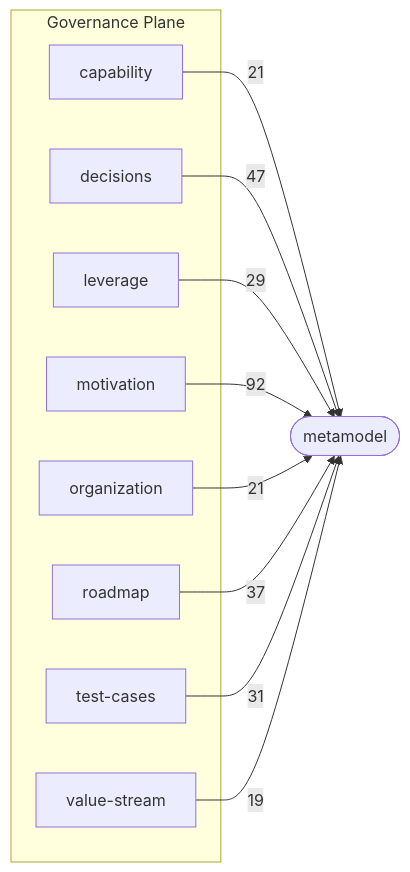
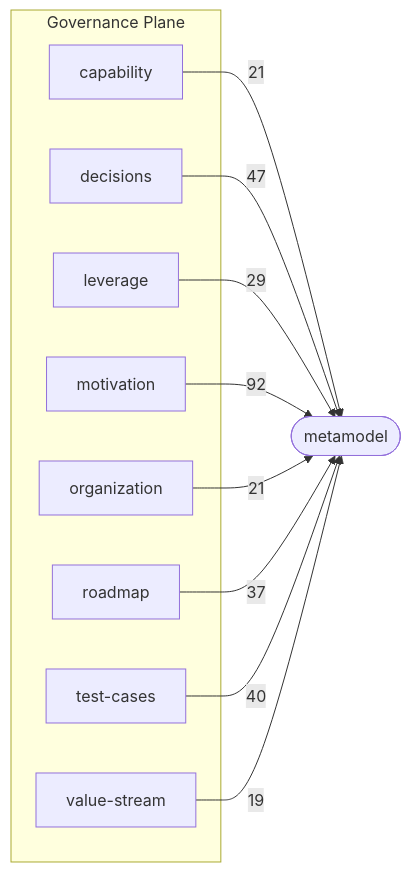
Before and after one commit to Archally/blueprint-schema: the third of 3 diagrams in docs/schema-atlas/v2.8/layer-map.md, drawn with Mermaid. The commit also changed 3 other files, not shown here.

Commit message:
Schema Atlas: the catalog follows the 2.8.61 schema

````diff
--- a/docs/schema-atlas/v2.8/layer-map.md
+++ b/docs/schema-atlas/v2.8/layer-map.md
@@ -139,22 +139,22 @@
 ```mermaid
 graph LR
     subgraph governance_plane["Governance Plane"]
         governance_capability_schema_yaml["capability"]
         governance_decisions_schema_yaml["decisions"]
         governance_leverage_schema_yaml["leverage"]
         governance_motivation_schema_yaml["motivation"]
         governance_organization_schema_yaml["organization"]
         governance_roadmap_schema_yaml["roadmap"]
         governance_test_cases_schema_yaml["test-cases"]
         governance_value_stream_schema_yaml["value-stream"]
     end
     metamodel_schema_yaml(["metamodel"])
     governance_capability_schema_yaml -->|21| metamodel_schema_yaml
     governance_decisions_schema_yaml -->|47| metamodel_schema_yaml
     governance_leverage_schema_yaml -->|29| metamodel_schema_yaml
     governance_motivation_schema_yaml -->|92| metamodel_schema_yaml
     governance_organization_schema_yaml -->|21| metamodel_schema_yaml
     governance_roadmap_schema_yaml -->|37| metamodel_schema_yaml
-    governance_test_cases_schema_yaml -->|31| metamodel_schema_yaml
+    governance_test_cases_schema_yaml -->|40| metamodel_schema_yaml
     governance_value_stream_schema_yaml -->|19| metamodel_schema_yaml
 ```
````
